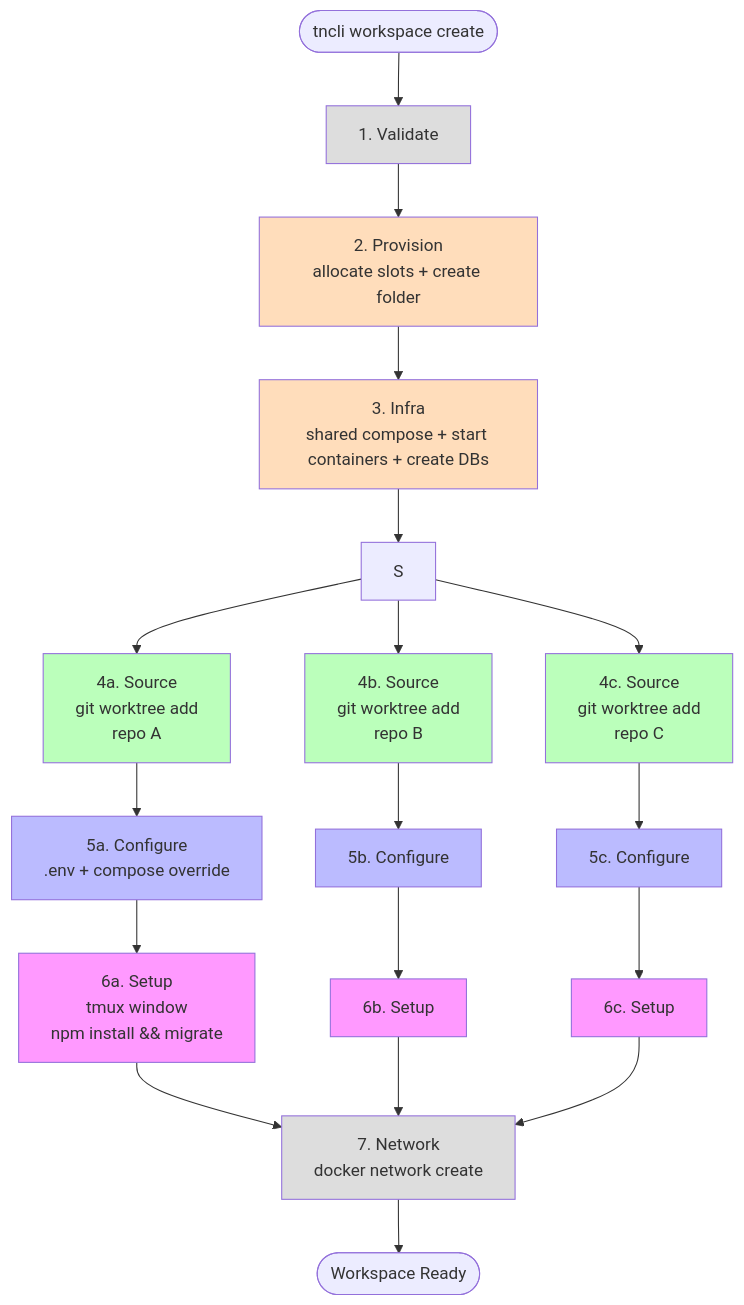
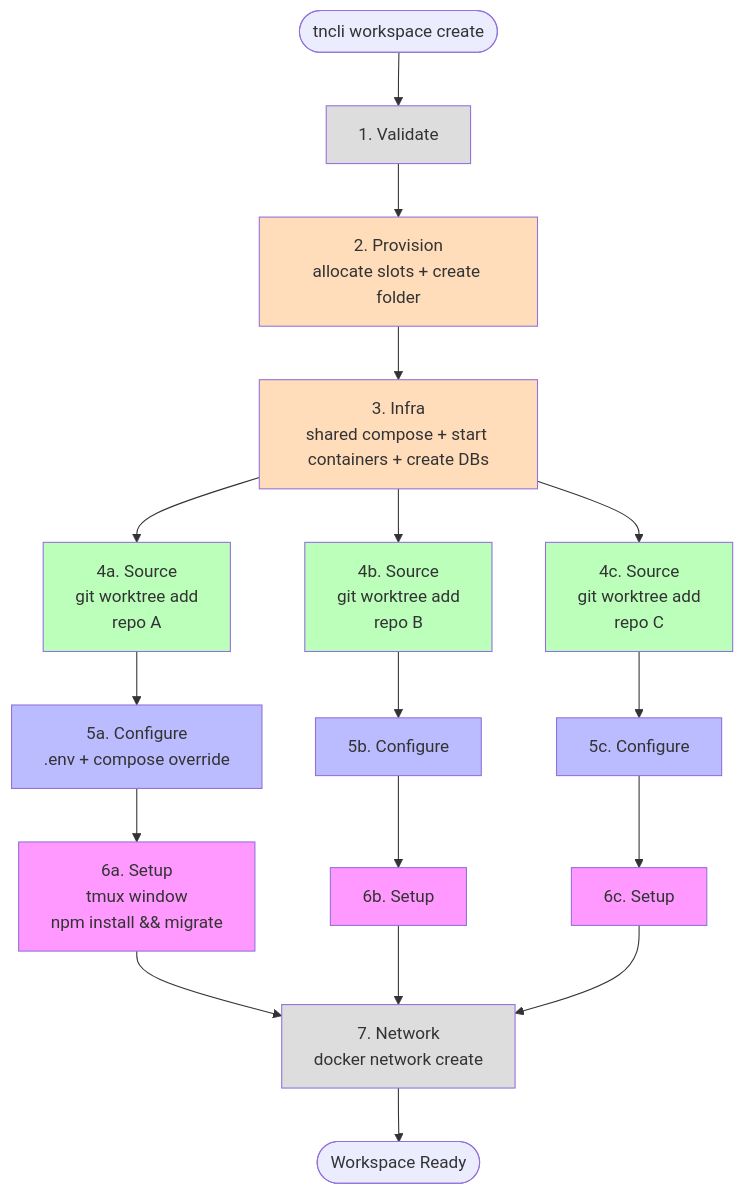
One commit to toantran292/tncli changed the fifth of 11 diagrams in docs/ARCHITECTURE.md. Above: the diagram before and after it, drawn with Mermaid. The commit also changed other lines of this file, not shown here.

Commit message:
fix: mermaid diagrams — replace block-beta with graph, remove fork node

````diff
--- a/docs/ARCHITECTURE.md
+++ b/docs/ARCHITECTURE.md
@@ -132,40 +131,42 @@
 ```mermaid
 flowchart TD
     START([tncli workspace create]) --> V
 
     V[1. Validate] --> P
     P[2. Provision<br/>allocate slots + create folder] --> I
-    I[3. Infra<br/>shared compose + start containers + create DBs] --> S
+    I[3. Infra<br/>shared compose + start containers + create DBs] --> S1
+    I --> S2
+    I --> S3
 
-    S --> S1[4a. Source<br/>git worktree add<br/>repo A]
-    S --> S2[4b. Source<br/>git worktree add<br/>repo B]
-    S --> S3[4c. Source<br/>git worktree add<br/>repo C]
+    S1[4a. Source<br/>git worktree add<br/>repo A]
+    S2[4b. Source<br/>git worktree add<br/>repo B]
+    S3[4c. Source<br/>git worktree add<br/>repo C]
 
     S1 --> C1[5a. Configure<br/>.env + compose override]
     S2 --> C2[5b. Configure]
     S3 --> C3[5c. Configure]
 
     C1 --> U1[6a. Setup<br/>tmux window<br/>npm install && migrate]
     C2 --> U2[6b. Setup]
     C3 --> U3[6c. Setup]
 
     U1 --> N
     U2 --> N
     U3 --> N
 
     N[7. Network<br/>docker network create] --> DONE([Workspace Ready])
 
     style V fill:#ddd
     style P fill:#fdb
     style I fill:#fdb
     style S1 fill:#bfb
     style S2 fill:#bfb
     style S3 fill:#bfb
     style C1 fill:#bbf
     style C2 fill:#bbf
     style C3 fill:#bbf
     style U1 fill:#f9f
     style U2 fill:#f9f
     style U3 fill:#f9f
     style N fill:#ddd
 ```
````
